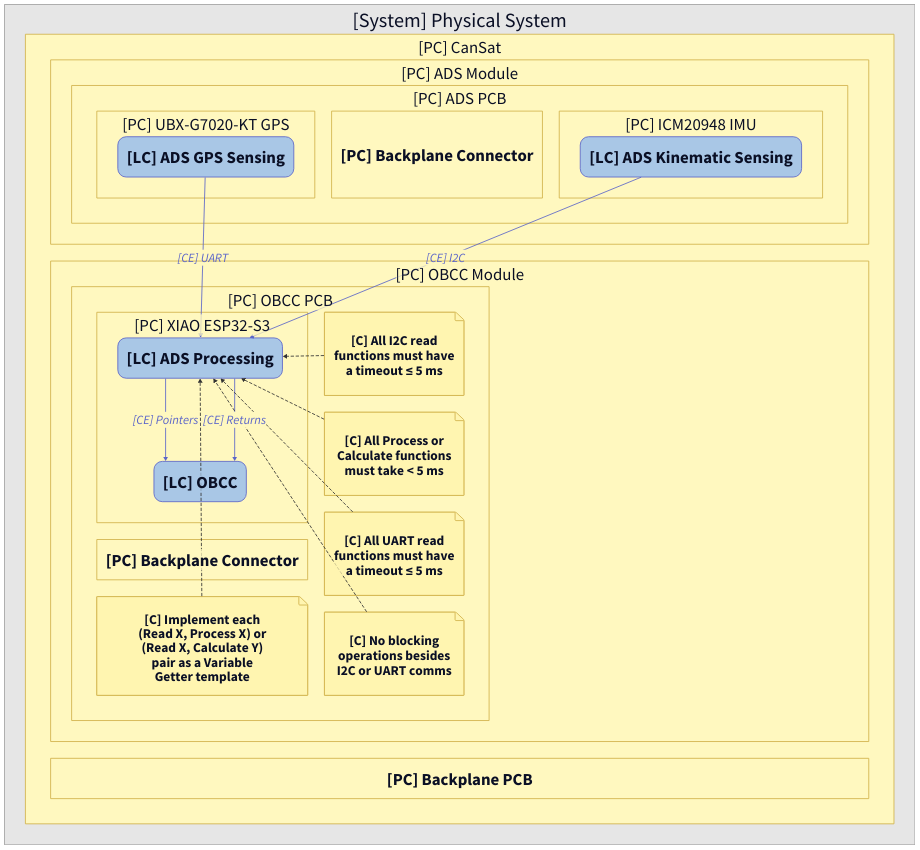
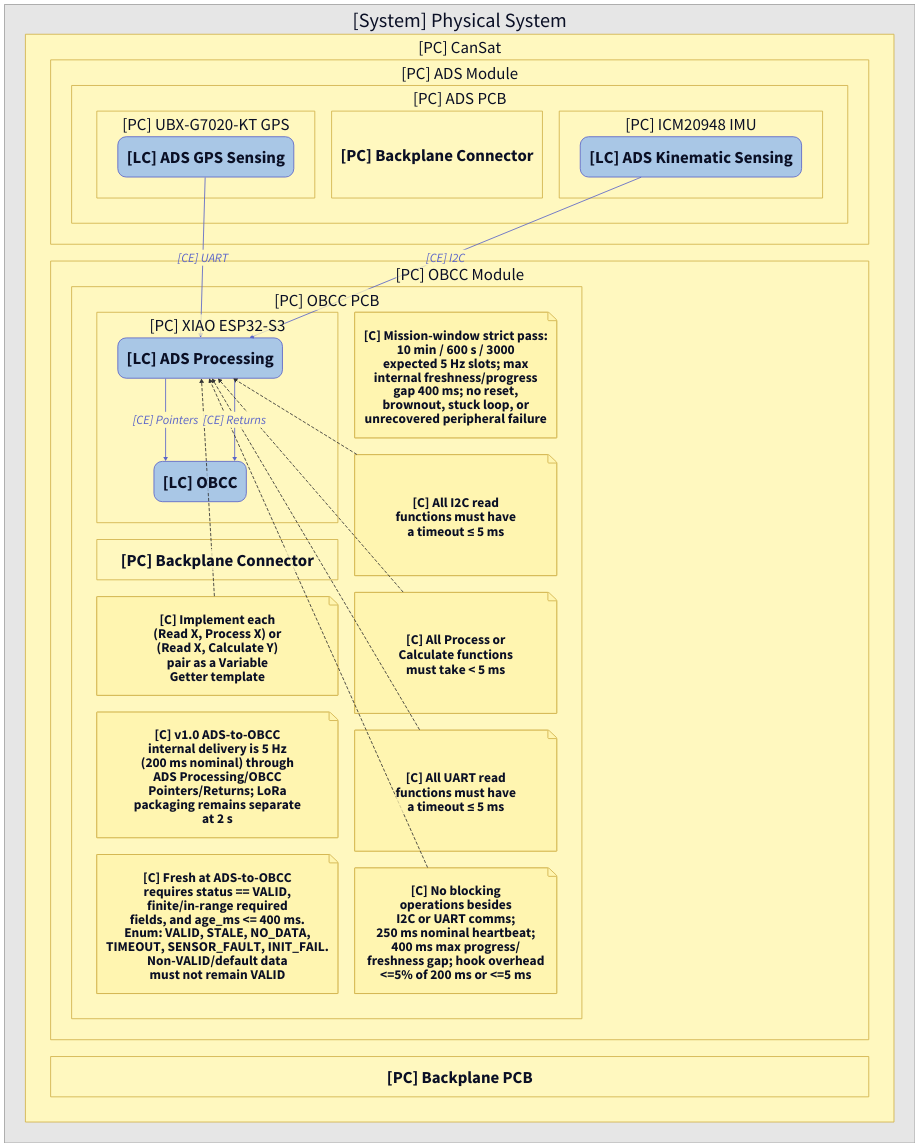
Before and after one commit to DeltaLabo/CanSatWorkshop: the diagram in ADS/MBSE/v1.0/ADS_v1.0_view2_logical.d2, drawn with D2. The commit also changed 340 other files, not shown here.

```diff
--- a/ADS/MBSE/v1.0/ADS_v1.0_view2_logical.d2
+++ b/ADS/MBSE/v1.0/ADS_v1.0_view2_logical.d2
@@ -1,139 +1,151 @@
 vars: {
   d2-config: {
     layout-engine: elk
   }
 }
 
 # Logical view
 # Show deployed logical components and their component exchanges while preserving the PA containment.
 direction: down
 
 classes: {
   func: {
     shape: rectangle
     style: { fill: "#BDFB9B"; stroke: "#166534"; stroke-width: 2; font-size: 36 }
   }
   lc: {
     style: {
       fill: "#A9C7E6"; stroke: "#5B65C9"; stroke-width: 2
       border-radius: 20; font-size: 40
     }
   }
   pc: {
     style: { fill: "#FFF8BF"; stroke: "#D1B24A"; stroke-width: 2; font-size: 40 }
   }
   sys: {
     style: { fill: "#E6E6E6"; stroke: "#9A9A9A"; stroke-width: 2; font-size: 48 }
   }
   ea: {
     shape: rectangle
     style: {
       fill: "#BFEAF4"; stroke: "#5B65C9"; stroke-width: 2
       border-radius: 20; font-size: 40
     }
   }
   note: { style: { fill: "#FFF5B0"; stroke: "#D1B24A"; font-size: 32 } }
   chain: {
     style: {
       fill: "#FFFFFF"; stroke: "#D1B24A"; stroke-width: 2
       border-radius: 20; font-size: 36
     }
   }
   fe:   { style: { stroke: "#1F7A4D"; font-color: "#1F7A4D"; stroke-width: 2; font-size: 30 } }
   ce:   { style: { stroke: "#5B65C9"; font-color: "#5B65C9"; stroke-width: 2; font-size: 30 } }
   pl:   { style: { stroke: "#E11D28"; font-color: "#E11D28"; stroke-width: 2; font-size: 30 } }
   cstr: { style: { stroke: "#333333"; stroke-dash: 3; font-size: 26 } }
 }
 
 system: "[System] Physical System" {
   class: sys
   direction: down
 
   cansat: "[PC] CanSat" {
     class: pc
     direction: down
     grid-columns: 1
 
     ads_module: "[PC] ADS Module" {
       class: pc
       direction: down
 
       ads_pcb: "[PC] ADS PCB" {
         class: pc
         direction: down
         grid-columns: 3
 
         gps: "[PC] UBX-G7020-KT GPS" {
           class: pc
           gps_lc: "[LC] ADS GPS Sensing" {
             class: lc
           }
         }
 
         ads_backplane_connector: "[PC] Backplane Connector" { class: pc }
 
         imu: "[PC] ICM20948 IMU" {
           class: pc
           imu_lc: "[LC] ADS Kinematic Sensing" {
             class: lc
           }
         }
       }
     }
 
     obcc_module: "[PC] OBCC Module" {
       class: pc
       direction: down
 
       obcc_pcb: "[PC] OBCC PCB" {
         class: pc
         direction: down
         grid-columns: 2
 
         xiao: "[PC] XIAO ESP32-S3" {
           class: pc
           direction: down
 
           ads_processing: "[LC] ADS Processing" { class: lc }
           obcc: "[LC] OBCC" { class: lc }
         }
 
         obcc_backplane_connector: "[PC] Backplane Connector" { class: pc }
 
         note_variable_getter: "[C] Implement each\n(Read X, Process X) or\n(Read X, Calculate Y)\npair as a Variable\nGetter template" {
           class: note
           shape: page
         }
+        note_data_freshness: "[C] v1.0 ADS-to-OBCC\ninternal delivery is 5 Hz\n(200 ms nominal) through\nADS Processing/OBCC\nPointers/Returns; LoRa\npackaging remains separate\nat 2 s" {
+          class: note
+          shape: page
+        }
+        note_fresh_status: "[C] Fresh at ADS-to-OBCC\nrequires status == VALID,\nfinite/in-range required\nfields, and age_ms <= 400 ms.\nEnum: VALID, STALE, NO_DATA,\nTIMEOUT, SENSOR_FAULT, INIT_FAIL.\nNon-VALID/default data\nmust not remain VALID" {
+          class: note
+          shape: page
+        }
+        note_mission_window: "[C] Mission-window strict pass:\n10 min / 600 s / 3000\nexpected 5 Hz slots; max\ninternal freshness/progress\ngap 400 ms; no reset,\nbrownout, stuck loop, or\nunrecovered peripheral failure" {
+          class: note
+          shape: page
+        }
         note_i2c_timeout: "[C] All I2C read\nfunctions must have\na timeout ≤ 5 ms" {
           class: note
           shape: page
         }
         note_process_time: "[C] All Process or\nCalculate functions\nmust take < 5 ms" {
           class: note
           shape: page
         }
         note_uart_timeout: "[C] All UART read\nfunctions must have\na timeout ≤ 5 ms" {
           class: note
           shape: page
         }
-        note_no_blocking: "[C] No blocking\noperations besides\nI2C or UART comms" {
+        note_no_blocking: "[C] No blocking\noperations besides\nI2C or UART comms;\n250 ms nominal heartbeat;\n400 ms max progress/\nfreshness gap; hook overhead\n<=5% of 200 ms or <=5 ms" {
           class: note
           shape: page
         }
       }
     }
 
     backplane_pcb: "[PC] Backplane PCB" { class: pc }
   }
 }
 
 system.cansat.ads_module.ads_pcb.gps.gps_lc -> system.cansat.obcc_module.obcc_pcb.xiao.ads_processing: "[CE] UART" { class: ce }
 system.cansat.ads_module.ads_pcb.imu.imu_lc -> system.cansat.obcc_module.obcc_pcb.xiao.ads_processing: "[CE] I2C" { class: ce }
 system.cansat.obcc_module.obcc_pcb.xiao.ads_processing -> system.cansat.obcc_module.obcc_pcb.xiao.obcc: "[CE] Pointers" { class: ce }
 system.cansat.obcc_module.obcc_pcb.xiao.ads_processing -> system.cansat.obcc_module.obcc_pcb.xiao.obcc: "[CE] Returns" { class: ce }
 
 system.cansat.obcc_module.obcc_pcb.note_variable_getter -> system.cansat.obcc_module.obcc_pcb.xiao.ads_processing { class: cstr }
 system.cansat.obcc_module.obcc_pcb.note_i2c_timeout -> system.cansat.obcc_module.obcc_pcb.xiao.ads_processing { class: cstr }
 system.cansat.obcc_module.obcc_pcb.note_process_time -> system.cansat.obcc_module.obcc_pcb.xiao.ads_processing { class: cstr }
 system.cansat.obcc_module.obcc_pcb.note_uart_timeout -> system.cansat.obcc_module.obcc_pcb.xiao.ads_processing { class: cstr }
 system.cansat.obcc_module.obcc_pcb.note_no_blocking -> system.cansat.obcc_module.obcc_pcb.xiao.ads_processing { class: cstr }
```
